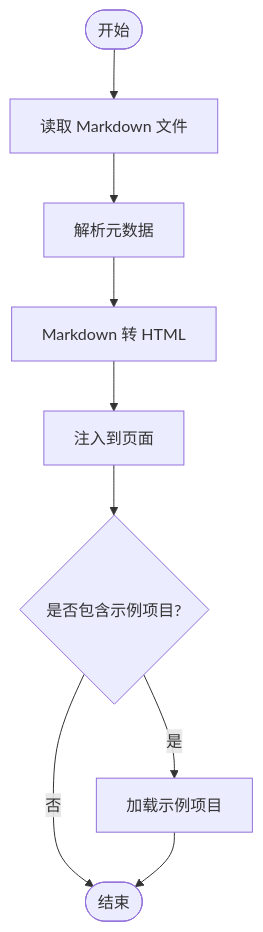
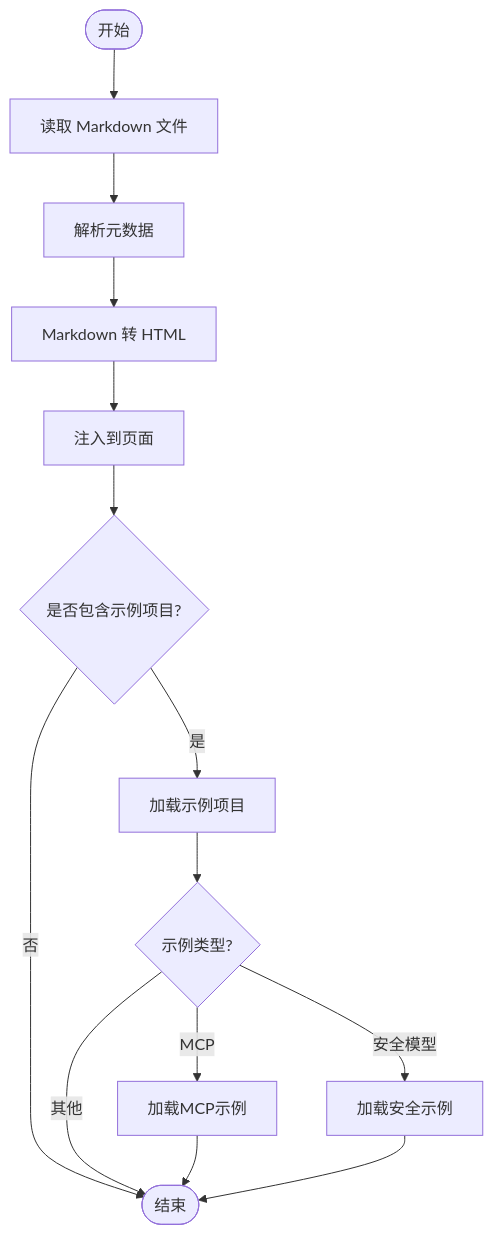
Before and after one commit to Leslie-Chuan/classic-example: the fourth of 4 diagrams in .qoder/repowiki/zh/content/每日学习内容.md, drawn with Mermaid. The commit also changed other lines of this file and 49 other files, not shown here.

````diff
--- a/.qoder/repowiki/zh/content/每日学习内容.md
+++ b/.qoder/repowiki/zh/content/每日学习内容.md
@@ -323,11 +360,16 @@
 ```mermaid
 flowchart TD
 Start(["开始"]) --> Read["读取 Markdown 文件"]
 Read --> ParseMeta["解析元数据"]
 ParseMeta --> RenderMD["Markdown 转 HTML"]
 RenderMD --> Inject["注入到页面"]
 Inject --> CheckDemo{"是否包含示例项目?"}
 CheckDemo --> |是| LoadDemo["加载示例项目"]
 CheckDemo --> |否| End(["结束"])
-LoadDemo --> End
+LoadDemo --> CheckType{"示例类型?"}
+CheckType --> |MCP| LoadMCP["加载MCP示例"]
+CheckType --> |安全模型| LoadSecurity["加载安全示例"]
+CheckType --> |其他| End
+LoadMCP --> End
+LoadSecurity --> End
 ```
````
